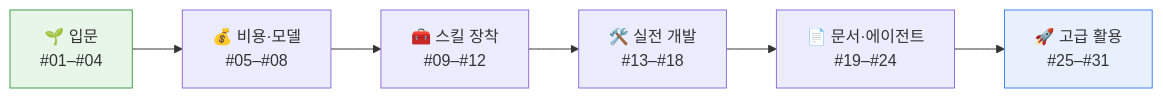
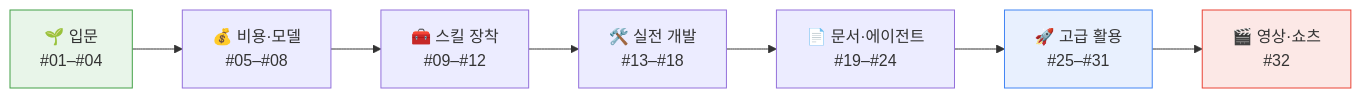
The diagram in README.md (gilson0516/opencode-guide), drawn with Mermaid before and after one commit. The commit also changed other lines of this file and 2 other files, not shown here.

Commit message:
docs: 오픈코드 32편(OpenCode + Flow AI 쇼츠) 추가 및 README·이전 글 링크 갱신

````diff
--- a/README.md
+++ b/README.md
@@ -25,11 +25,13 @@
 ```mermaid
 flowchart LR
     A["🌱 입문<br/>#01–#04"] --> B["💰 비용·모델<br/>#05–#08"]
     B --> C["🧰 스킬 장착<br/>#09–#12"]
     C --> D["🛠️ 실전 개발<br/>#13–#18"]
     D --> E["📄 문서·에이전트<br/>#19–#24"]
     E --> F["🚀 고급 활용<br/>#25–#31"]
+    F --> G["🎬 영상·쇼츠<br/>#32"]
 
     style A fill:#e8f5e9,stroke:#43a047
     style F fill:#e8f0fe,stroke:#4285f4
+    style G fill:#fce8e6,stroke:#ea4335
 ```
````
